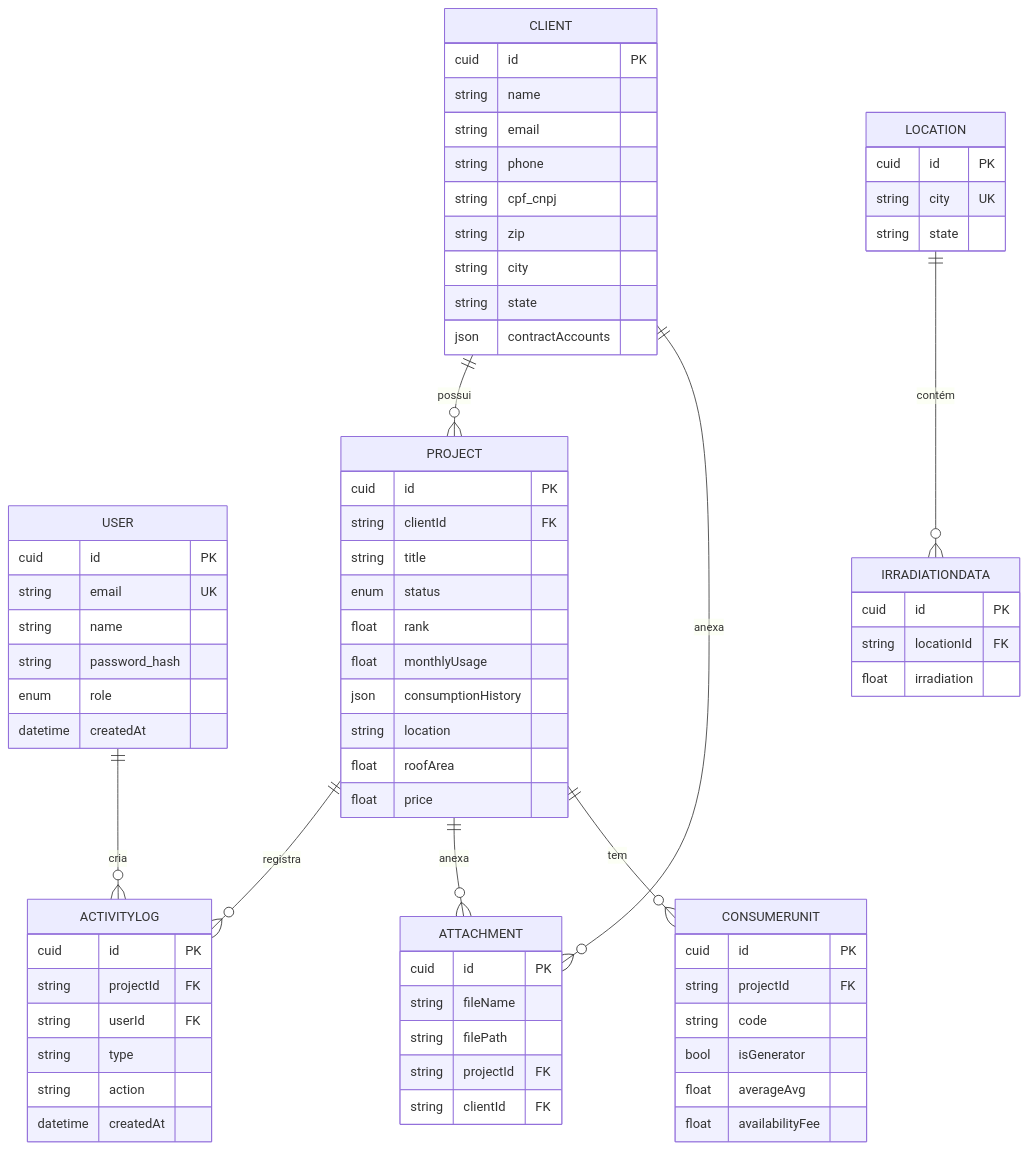
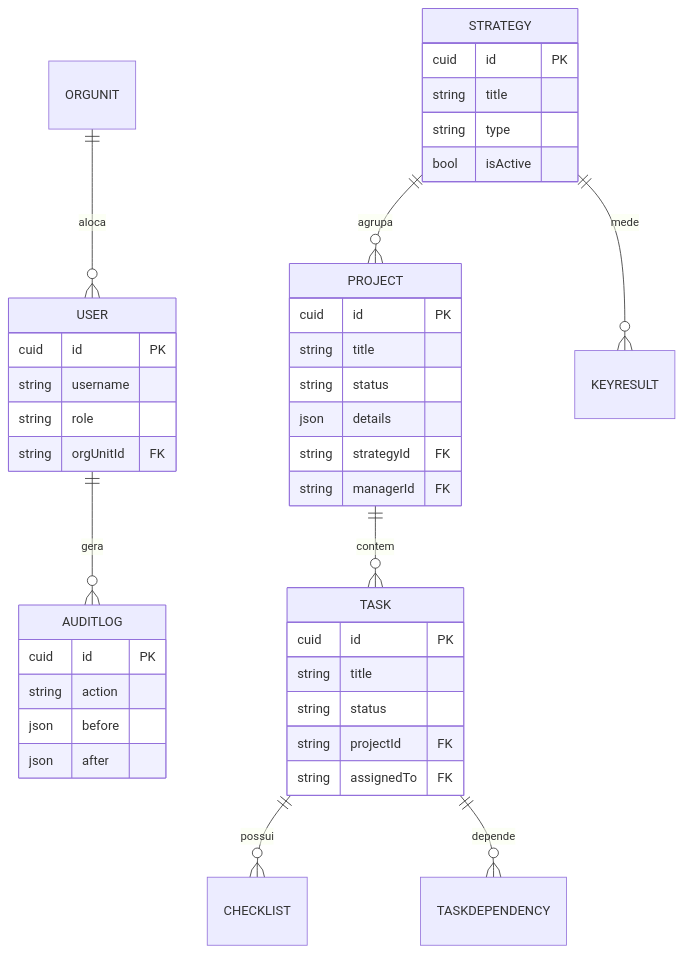
Before and after one commit to OEscolh1do/nexus-api: the fourth of 5 diagrams in DFD.md, drawn with Mermaid. The commit also changed other lines of this file and 555 other files, not shown here.

````diff
--- a/DFD.md
+++ b/DFD.md
@@ -302,82 +136,48 @@
 ```mermaid
 erDiagram
-    USER ||--o{ ACTIVITYLOG : cria
-    CLIENT ||--o{ PROJECT : possui
-    CLIENT ||--o{ ATTACHMENT : anexa
-    PROJECT ||--o{ ACTIVITYLOG : registra
-    PROJECT ||--o{ ATTACHMENT : anexa
-    PROJECT ||--o{ CONSUMERUNIT : tem
-    LOCATION ||--o{ IRRADIATIONDATA : contém
+    USER ||--o{ AUDITLOG : gera
+    STRATEGY ||--o{ PROJECT : agrupa
+    STRATEGY ||--o{ KEYRESULT : mede
+    PROJECT ||--o{ TASK : contem
+    TASK ||--o{ CHECKLIST : possui
+    TASK ||--o{ TASKDEPENDENCY : depende
+    ORGUNIT ||--o{ USER : aloca
 
     USER {
         cuid id PK
-        string email UK
-        string name
-        string password_hash
-        enum role
-        datetime createdAt
+        string username
+        string role
+        string orgUnitId FK
     }
 
-    CLIENT {
+    STRATEGY {
         cuid id PK
-        string name
-        string email
-        string phone
-        string cpf_cnpj
-        string zip
-        string city
-        string state
-        json contractAccounts
+        string title
+        string type
+        bool isActive
     }
 
     PROJECT {
         cuid id PK
-        string clientId FK
         string title
-        enum status
-        float rank
-        float monthlyUsage
-        json consumptionHistory
-        string location
-        float roofArea
-        float price
+        string status
+        json details
+        string strategyId FK
+        string managerId FK
     }
 
-    CONSUMERUNIT {
+    TASK {
         cuid id PK
+        string title
+        string status
         string projectId FK
-        string code
-        bool isGenerator
-        float averageAvg
-        float availabilityFee
+        string assignedTo FK
     }
 
-    ACTIVITYLOG {
+    AUDITLOG {
         cuid id PK
-        string projectId FK
-        string userId FK
-        string type
         string action
-        datetime createdAt
-    }
-
-    ATTACHMENT {
-        cuid id PK
-        string fileName
-        string filePath
-        string projectId FK
-        string clientId FK
-    }
-
-    LOCATION {
-        cuid id PK
-        string city UK
-        string state
-    }
-
-    IRRADIATIONDATA {
-        cuid id PK
-        string locationId FK
-        float irradiation
+        json before
+        json after
     }
 ```
````
